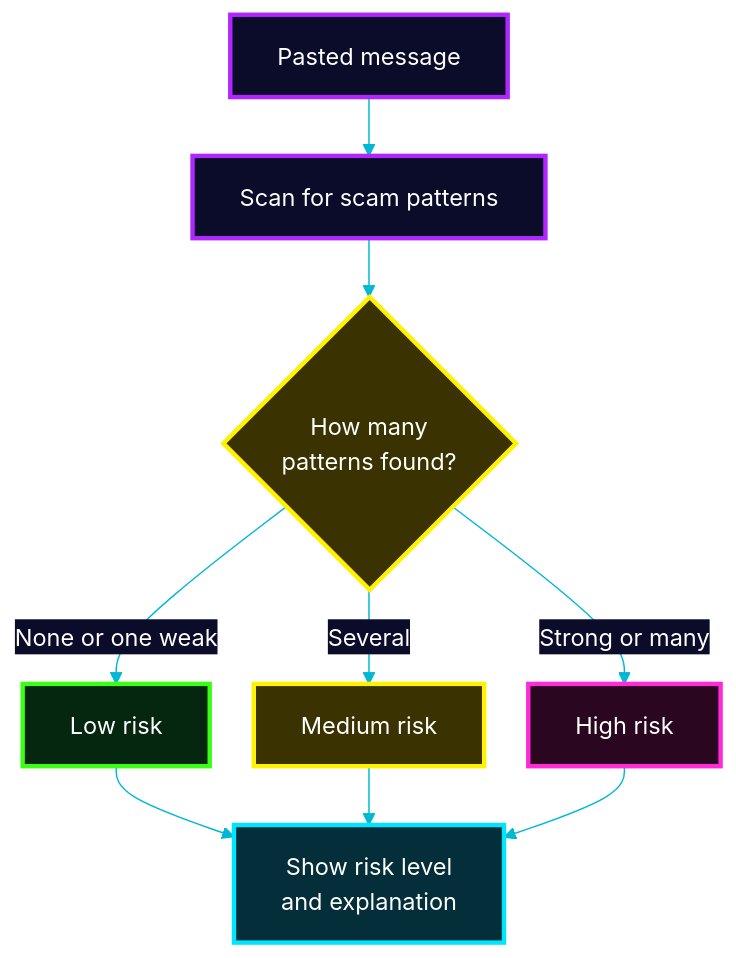
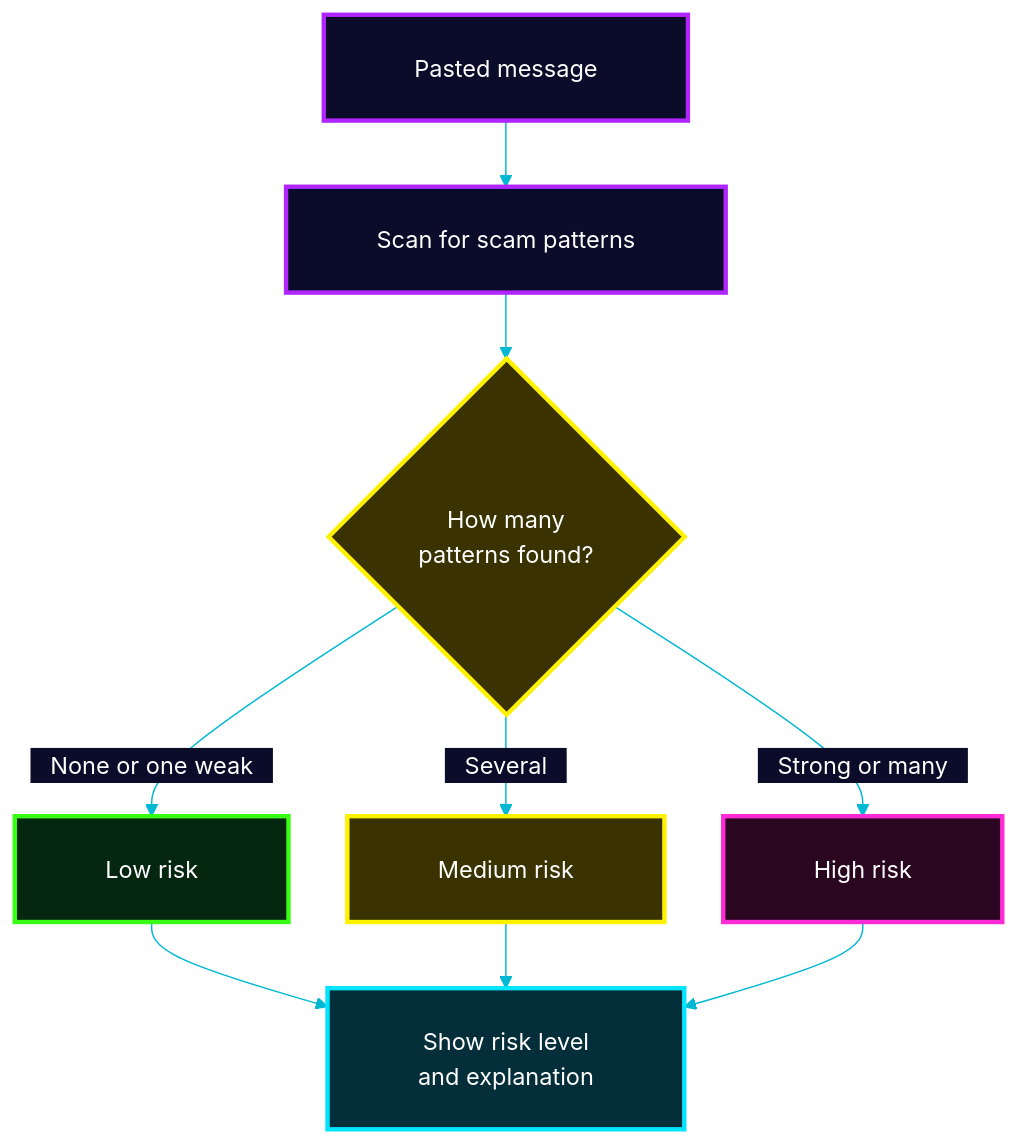
One commit to Mansi232323/MANSHORA changed diagram 14 of 17 in README.md. Above: the diagram before and after it, drawn with Mermaid. The commit also changed other lines of this file, not shown here.

````diff
--- a/README.md
+++ b/README.md
@@ -558,24 +557,24 @@
 ```mermaid
-%%{init: {'theme':'base','themeVariables':{'fontSize':'16px','fontFamily':'Arial, Helvetica, sans-serif','primaryColor':'#0b0b2a','primaryTextColor':'#ffffff','primaryBorderColor':'#b026ff','lineColor':'#00b8d4','textColor':'#ffffff','edgeLabelBackground':'#0b0b2a'},'flowchart':{'htmlLabels':true,'nodeSpacing':30,'rankSpacing':40,'padding':16,'curve':'basis','wrappingWidth':240,'useMaxWidth':true}}}%%
+%%{init: {'theme':'base','themeVariables':{'fontSize':'16px','primaryColor':'#0b0b2a','primaryTextColor':'#ffffff','primaryBorderColor':'#b026ff','lineColor':'#00b8d4','textColor':'#ffffff','edgeLabelBackground':'#0b0b2a'},'flowchart':{'htmlLabels':true,'nodeSpacing':40,'rankSpacing':45,'padding':24,'curve':'basis','wrappingWidth':400,'useMaxWidth':true}}}%%
 flowchart TD
-    M["Pasted message"] --> P["Scan for scam patterns"]
-    P --> Q{"How many<br/>patterns found?"}
-    Q -- "None or one weak" --> L["Low risk"]
-    Q -- "Several" --> Md["Medium risk"]
-    Q -- "Strong or many" --> H["High risk"]
-    L --> X["Show risk level<br/>and explanation"]
+    M["&nbsp;&nbsp;&nbsp;Pasted message&nbsp;&nbsp;&nbsp;"] --> P["&nbsp;&nbsp;&nbsp;Scan for scam patterns&nbsp;&nbsp;&nbsp;"]
+    P --> Q{"&nbsp;&nbsp;&nbsp;How many&nbsp;&nbsp;&nbsp;<br/>&nbsp;&nbsp;&nbsp;patterns found?&nbsp;&nbsp;&nbsp;"}
+    Q -- "&nbsp;&nbsp;&nbsp;None or one weak&nbsp;&nbsp;&nbsp;" --> L["&nbsp;&nbsp;&nbsp;Low risk&nbsp;&nbsp;&nbsp;"]
+    Q -- "&nbsp;&nbsp;&nbsp;Several&nbsp;&nbsp;&nbsp;" --> Md["&nbsp;&nbsp;&nbsp;Medium risk&nbsp;&nbsp;&nbsp;"]
+    Q -- "&nbsp;&nbsp;&nbsp;Strong or many&nbsp;&nbsp;&nbsp;" --> H["&nbsp;&nbsp;&nbsp;High risk&nbsp;&nbsp;&nbsp;"]
+    L --> X["&nbsp;&nbsp;&nbsp;Show risk level&nbsp;&nbsp;&nbsp;<br/>&nbsp;&nbsp;&nbsp;and explanation&nbsp;&nbsp;&nbsp;"]
     Md --> X
     H --> X
     classDef n fill:#0b0b2a,stroke:#b026ff,stroke-width:3px,color:#ffffff
     classDef d fill:#3a3200,stroke:#fff200,stroke-width:3px,color:#ffffff
     classDef low fill:#05260f,stroke:#39ff14,stroke-width:3px,color:#ffffff
     classDef mid fill:#3a3200,stroke:#fff200,stroke-width:3px,color:#ffffff
     classDef high fill:#2a0620,stroke:#ff2bd6,stroke-width:3px,color:#ffffff
     classDef out fill:#042f3a,stroke:#00e5ff,stroke-width:3px,color:#ffffff
     class M,P n
     class Q d
     class L low
     class Md mid
     class H high
     class X out
 ```
````
